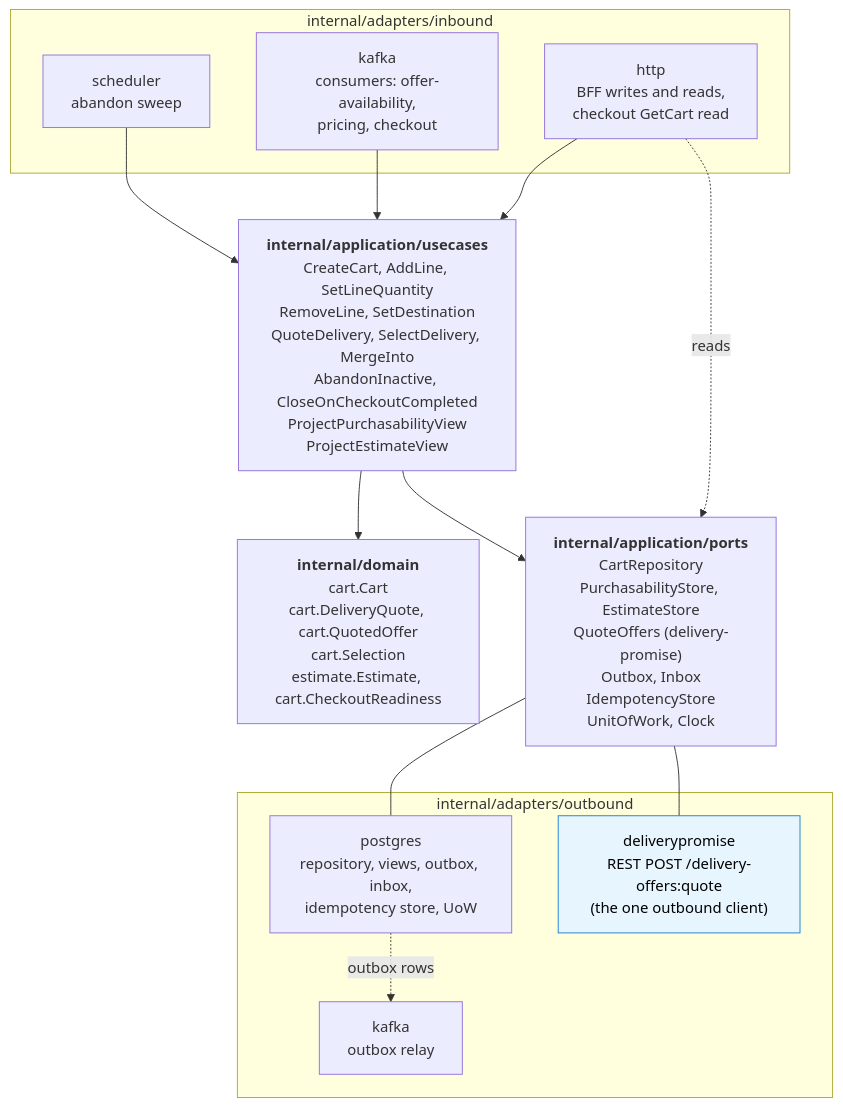
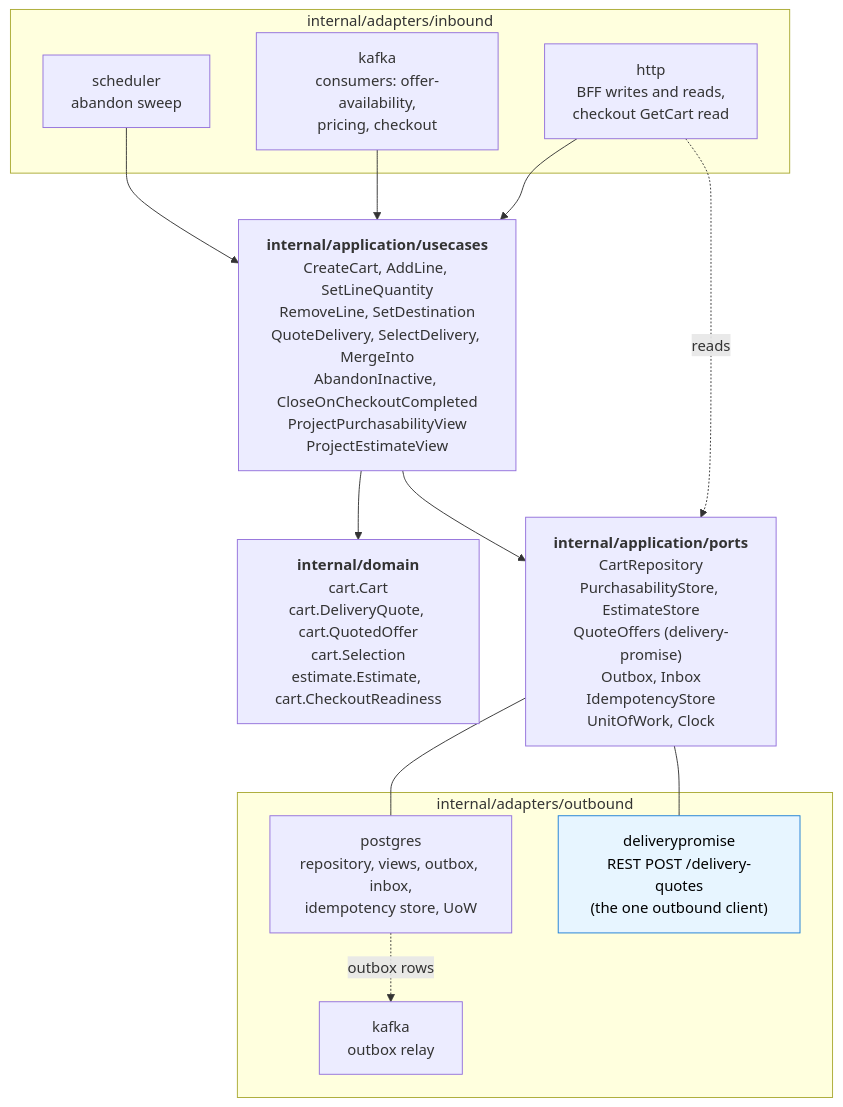
One commit to IQVO/warehouse-docs changed the fourth of 4 diagrams in storefront/docs/contexts/shopping-cart/class-diagram.md. Above: the diagram before and after it, drawn with Mermaid. The commit also changed 272 other files, not shown here.

````diff
--- a/storefront/docs/contexts/shopping-cart/class-diagram.md
+++ b/storefront/docs/contexts/shopping-cart/class-diagram.md
@@ -217,28 +217,28 @@
 ```mermaid
 flowchart TB
     subgraph IN["internal/adapters/inbound"]
         HTTP["http<br/>BFF writes and reads,<br/>checkout GetCart read"]
         KC["kafka<br/>consumers: offer-availability,<br/>pricing, checkout"]
         SCH["scheduler<br/>abandon sweep"]
     end
     APP["<b>internal/application/usecases</b><br/>CreateCart, AddLine, SetLineQuantity<br/>RemoveLine, SetDestination<br/>QuoteDelivery, SelectDelivery, MergeInto<br/>AbandonInactive, CloseOnCheckoutCompleted<br/>ProjectPurchasabilityView<br/>ProjectEstimateView"]
     DOM["<b>internal/domain</b><br/>cart.Cart<br/>cart.DeliveryQuote, cart.QuotedOffer<br/>cart.Selection<br/>estimate.Estimate, cart.CheckoutReadiness"]
     PORTS["<b>internal/application/ports</b><br/>CartRepository<br/>PurchasabilityStore, EstimateStore<br/>QuoteOffers (delivery-promise)<br/>Outbox, Inbox<br/>IdempotencyStore<br/>UnitOfWork, Clock"]
     subgraph OUT["internal/adapters/outbound"]
         A1["postgres<br/>repository, views, outbox, inbox,<br/>idempotency store, UoW"]
         A2["kafka<br/>outbox relay"]
-        A3["deliverypromise<br/>REST POST /delivery-offers:quote<br/>(the one outbound client)"]
+        A3["deliverypromise<br/>REST POST /delivery-quotes<br/>(the one outbound client)"]
     end
     HTTP --> APP
     KC --> APP
     SCH --> APP
     HTTP -. reads .-> PORTS
     APP --> DOM
     APP --> PORTS
     PORTS --- A1
     PORTS --- A3
     A1 -. outbox rows .-> A2
 
     classDef outblue fill:#e7f5ff,stroke:#1c7ed6,color:#000
     class A3 outblue
 ```
````
